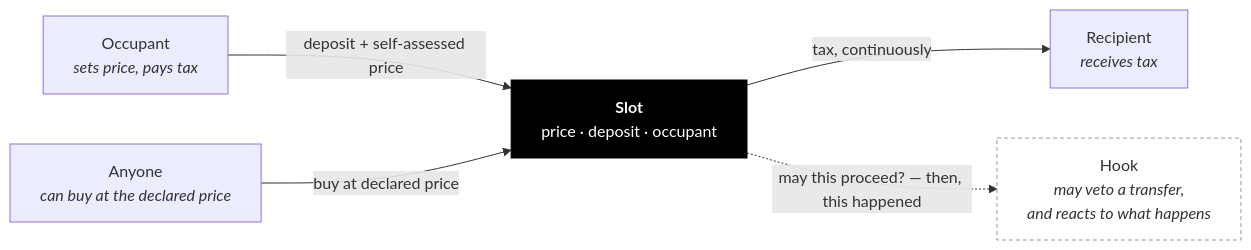
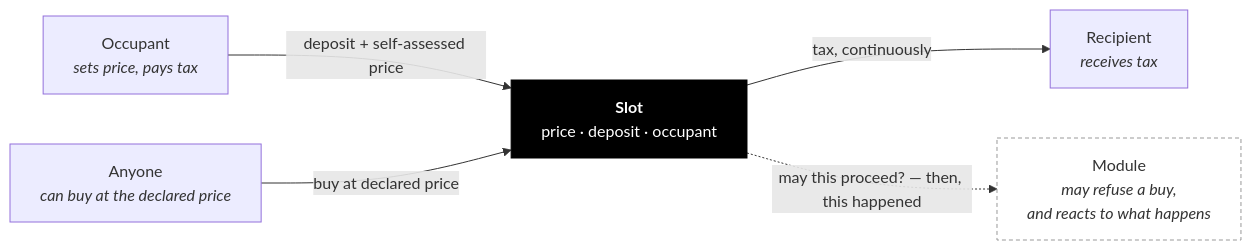
Before and after one commit to nezz0746/0xSlots: the first of 2 diagrams in apps/docs/docs/pages/concepts/slots.mdx, drawn with Mermaid. The commit also changed other lines of this file and 206 other files, not shown here.

````diff
--- a/apps/docs/docs/pages/concepts/slots.mdx
+++ b/apps/docs/docs/pages/concepts/slots.mdx
@@ -18,18 +18,18 @@
 ```mermaid
 flowchart LR
     Occupant["Occupant<br/><i>sets price, pays tax</i>"]
     Slot["<b>Slot</b><br/>price · deposit · occupant"]
     Recipient["Recipient<br/><i>receives tax</i>"]
-    Hook["Hook<br/><i>may veto a transfer,<br/>and reacts to what happens</i>"]
+    Module["Module<br/><i>may refuse a buy,<br/>and reacts to what happens</i>"]
     Buyer["Anyone<br/><i>can buy at the declared price</i>"]
 
     Occupant -->|"deposit + self-assessed price"| Slot
     Buyer -->|"buy at declared price"| Slot
     Slot -->|"tax, continuously"| Recipient
-    Slot -.->|"may this proceed? — then, this happened"| Hook
+    Slot -.->|"may this proceed? — then, this happened"| Module
 
     classDef core fill:#000,stroke:#000,color:#fff
     classDef opt fill:#fff,stroke:#999,stroke-dasharray:4 3,color:#333
     class Slot core
-    class Hook opt
+    class Module opt
 ```
````
